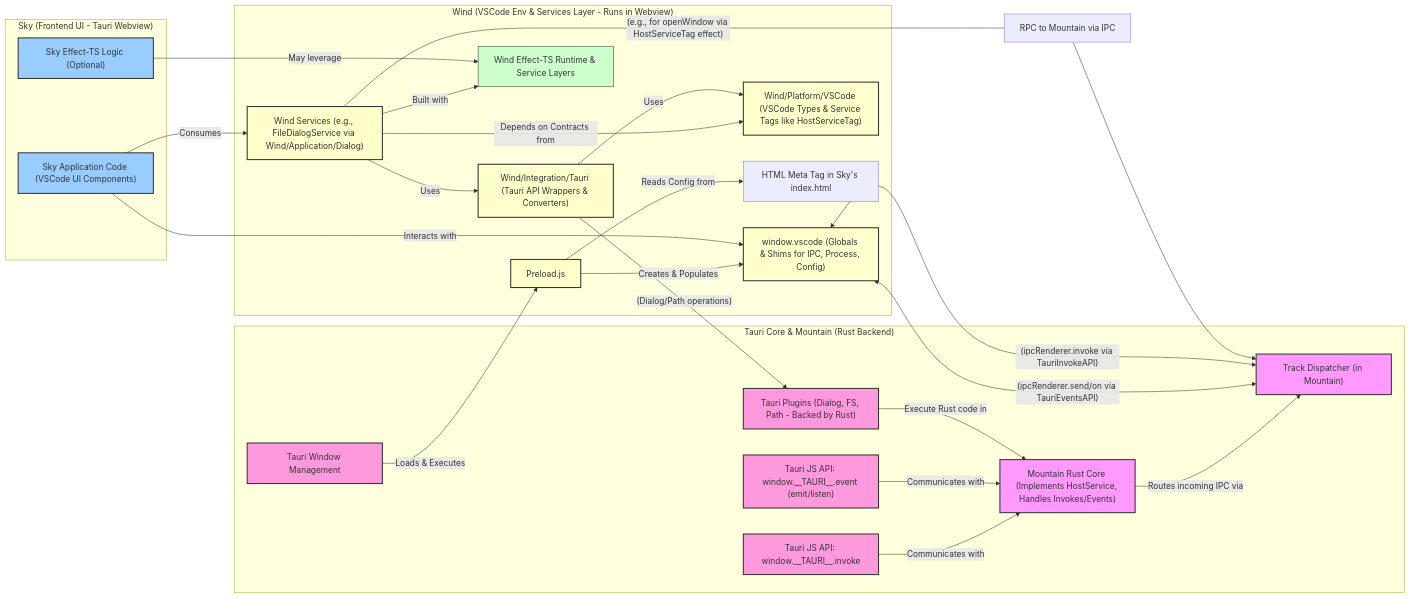
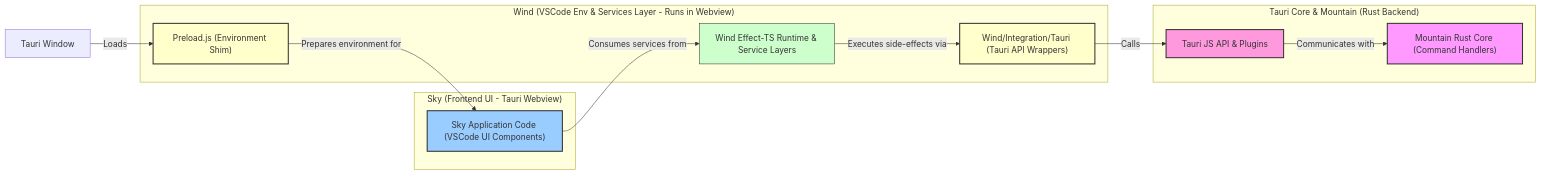
One commit to CodeEditorLand/Wind changed the diagram in README.md. Above: the diagram before and after it, drawn with Mermaid. The commit also changed other lines of this file, not shown here.

First line of the commit message:
docs(Wind): Overhaul README to reflect final architecture and licensing

````diff
--- a/README.md
+++ b/README.md
@@ -681,80 +84,33 @@
 ```mermaid
 graph LR
 	classDef sky fill:#9cf,stroke:#333,stroke-width:2px;
-
 	classDef wind fill:#ffc,stroke:#333,stroke-width:2px;
-
 	classDef tauri fill:#f9d,stroke:#333,stroke-width:2px;
-
 	classDef mountain fill:#f9f,stroke:#333,stroke-width:2px;
-
 	classDef effectts fill:#cfc,stroke:#333,stroke-width:1px;
 
 
 	subgraph "Sky (Frontend UI - Tauri Webview)"
 		SkyApp["Sky Application Code (VSCode UI Components)"]:::sky
-		SkyEffect["Sky Effect-TS Logic (Optional)"]:::sky
 	end
 
 	subgraph "Wind (VSCode Env & Services Layer - Runs in Webview)"
-		PreloadJS["Preload.js "]:::wind
-		WindowVSCodeGlobal["window.vscode (Globals & Shims for IPC, Process, Config)"]:::wind
-		WindServices["Wind Services (e.g., FileDialogService via Wind/Application/Dialog)"]:::wind
-		WindEffectTS["Wind Effect-TS Runtime & Service Layers"]:::effectts
-		TauriIntegrations["Wind/Integration/Tauri (Tauri API Wrappers & Converters)"]:::wind
-		VSCodePlatformAbstractions["Wind/Platform/VSCode (VSCode Types & Service Tags like HostServiceTag)"]:::wind
+		PreloadJS["Preload.js (Environment Shim)"]:::wind
+		WindEffectTSRuntime["Wind Effect-TS Runtime & Service Layers"]:::effectts
+		TauriIntegrations["Wind/Integration/Tauri (Tauri API Wrappers)"]:::wind
 
-		PreloadJS -- Creates & Populates --> WindowVSCodeGlobal;
-
-		SkyApp -- Interacts with --> WindowVSCodeGlobal;
-
-		SkyApp -- Consumes --> WindServices;
-
-		WindServices -- Built with --> WindEffectTS;
-
-		WindServices -- Uses --> TauriIntegrations;
-
-		WindServices -- Depends on Contracts from --> VSCodePlatformAbstractions;
-
-		TauriIntegrations -- Uses --> VSCodePlatformAbstractions;
-
-		SkyEffect -- May leverage --> WindEffectTS;
-
-		PreloadJS -- Reads Config from --> SkyAppMetaTag[HTML Meta Tag in Sky's index.html];
-
-
+		SkyApp -- Consumes services from --> WindEffectTSRuntime;
+		WindEffectTSRuntime -- Executes side-effects via --> TauriIntegrations;
 	end
 
 	subgraph "Tauri Core & Mountain (Rust Backend)"
-		TauriWindow["Tauri Window Management"]:::tauri;
-
-		TauriInvokeAPI["Tauri JS API: window.__TAURI__.invoke"]:::tauri
-		TauriEventsAPI["Tauri JS API: window.__TAURI__.event (emit/listen)"]:::tauri
-		TauriPlugins["Tauri Plugins (Dialog, FS, Path - Backed by Rust)"]:::tauri
-		MountainBackend["Mountain Rust Core (Implements HostService, Handles Invokes/Events)"]:::mountain
-		TrackDispatcher["Track Dispatcher (in Mountain)"]:::mountain;
-
-
-		TauriWindow -- Loads & Executes --> PreloadJS;
-
-		TauriInvokeAPI -- Communicates with --> MountainBackend;
-
-		TauriEventsAPI -- Communicates with --> MountainBackend;
-
-		TauriPlugins -- Execute Rust code in --> MountainBackend;
-
-		MountainBackend -- Routes incoming IPC via --> TrackDispatcher;
-
+		TauriAPIs["Tauri JS API & Plugins"]:::tauri
+		MountainBackend["Mountain Rust Core (Command Handlers)"]:::mountain
 	end
 
+    TauriWindow["Tauri Window"] -- Loads --> PreloadJS
+    PreloadJS -- Prepares environment for --> SkyApp
 
-	WindowVSCodeGlobal -- (ipcRenderer.send/on via TauriEventsAPI) <--> TrackDispatcher;
-
-	WindowVSCodeGlobal -- (ipcRenderer.invoke via TauriInvokeAPI) <--> TrackDispatcher;
-
-	TauriIntegrations -- (Dialog/Path operations) --> TauriPlugins;
-
-	WindServices -- (e.g., for openWindow via HostServiceTag effect) --- RMPCToMountain[RPC to Mountain via IPC] --> TrackDispatcher;
-
-
+	TauriIntegrations -- Calls --> TauriAPIs;
+    TauriAPIs -- Communicates with --> MountainBackend;
 ```
````
